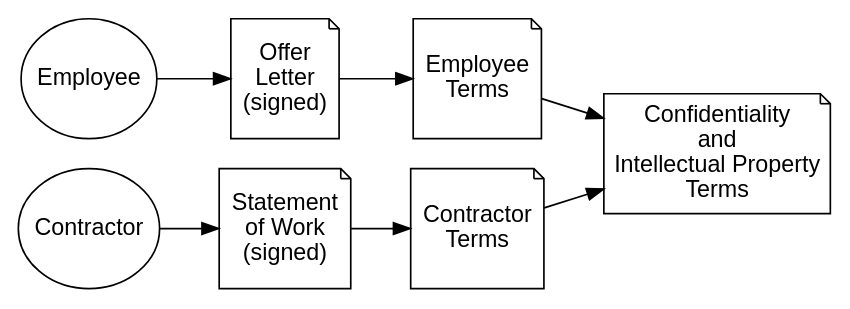
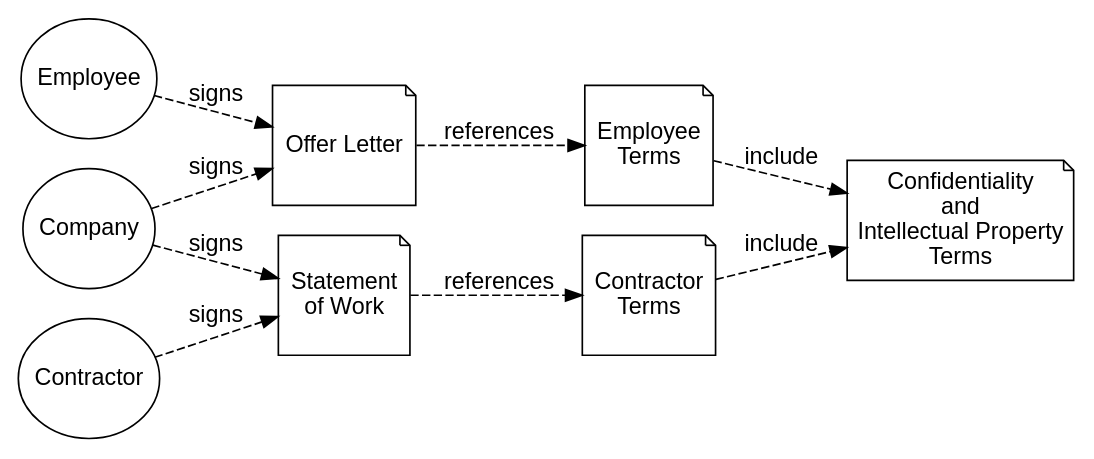
The diagram in diagram.dot (kemitchell/squareoneforms.com), drawn with Graphviz before and after one commit.

Commit message:
Improve diagram

```diff
--- a/diagram.dot
+++ b/diagram.dot
@@ -1,15 +1,19 @@
 digraph {
   node[height=1,fontname="Arial"];
   graph[fontname="Arial"];
-  edge[fontname="Arial"];
+  edge[fontname="Arial",style=dashed];
   rankdir=LR;
   Employee;
   Contractor;
-  OfferLetter[label="Offer\nLetter\n(signed)",shape=note];
-  SOW[label="Statement\nof Work\n(signed)",shape=note];
+  OfferLetter[label="Offer Letter",shape=note];
+  SOW[label="Statement\nof Work",shape=note];
   EmployeeTerms[label="Employee\nTerms",shape=note];
   ContractorTerms[label="Contractor\nTerms",shape=note];
   CIP[label="Confidentiality\nand\nIntellectual Property\nTerms",shape=note];
-  Employee -> OfferLetter -> EmployeeTerms -> CIP;
-  Contractor -> SOW -> ContractorTerms -> CIP;
+  Company -> {OfferLetter, SOW} [label="signs"];
+  Employee -> OfferLetter [label="signs"];
+  OfferLetter -> EmployeeTerms [label="references"];
+  Contractor -> SOW [label="signs"];
+  SOW -> ContractorTerms [label="references"];
+  {ContractorTerms, EmployeeTerms} -> CIP [label="include"];
 }
```
